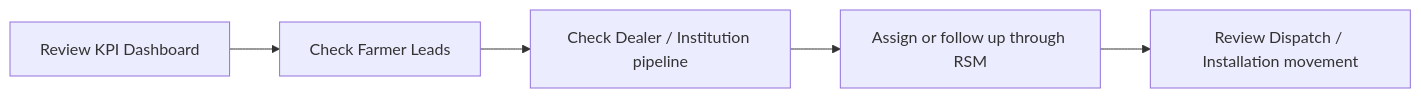
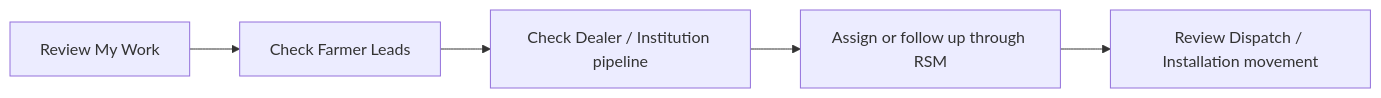
Before and after one commit to harsha-jivawater/jiva-farm-os: the third of 27 diagrams in docs/ROLE_BASED_USAGE_MANUAL.md, drawn with Mermaid. The commit also changed other lines of this file and 3 other files, not shown here.

````diff
--- a/docs/ROLE_BASED_USAGE_MANUAL.md
+++ b/docs/ROLE_BASED_USAGE_MANUAL.md
@@ -343,7 +349,7 @@
 ```mermaid
 flowchart LR
-  A["Review KPI Dashboard"] --> B["Check Farmer Leads"]
+  A["Review My Work"] --> B["Check Farmer Leads"]
   B --> C["Check Dealer / Institution pipeline"]
   C --> D["Assign or follow up through RSM"]
   D --> E["Review Dispatch / Installation movement"]
 ```
````
